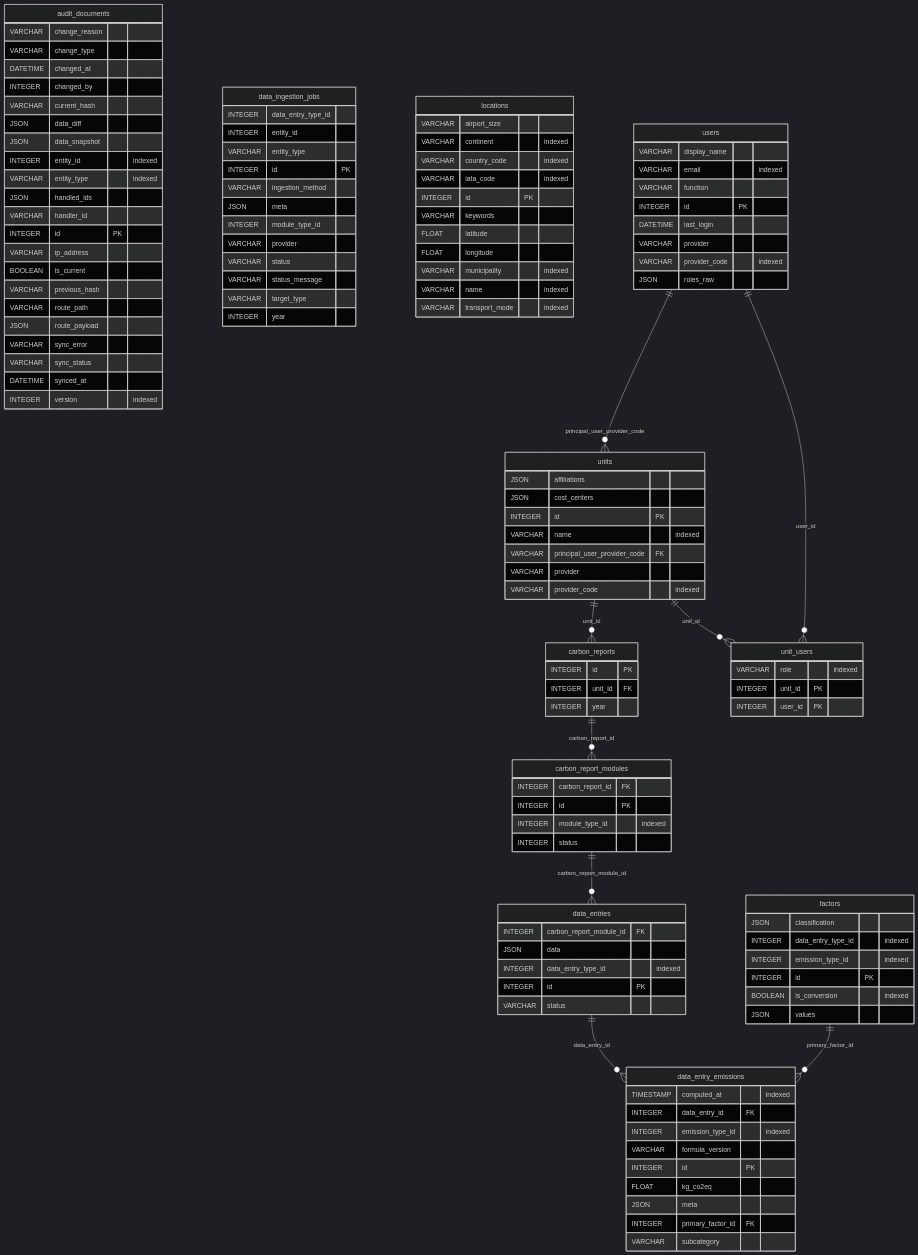
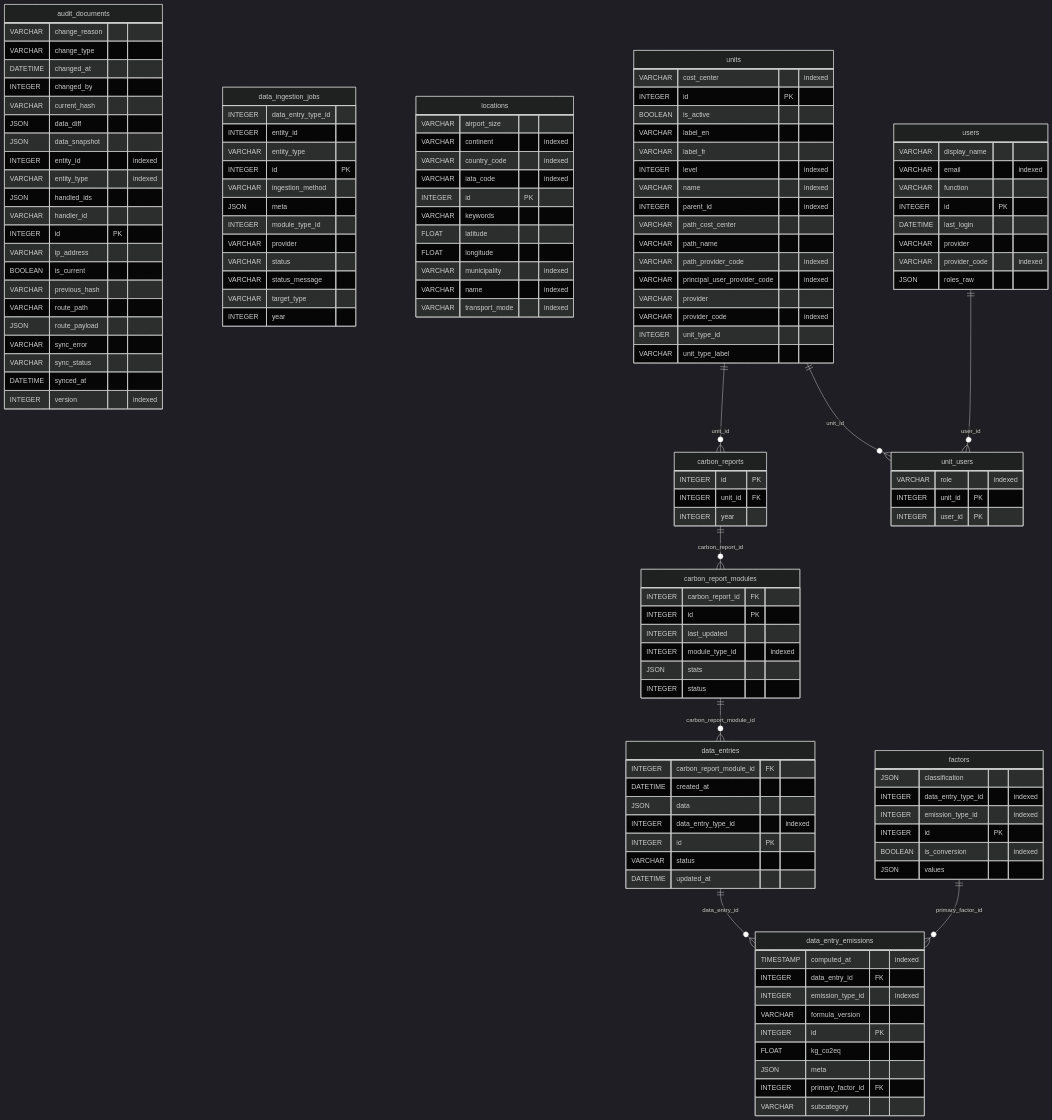
Before and after one commit to EPFL-ENAC/co2-calculator: the diagram in docs/src/database/erd.md, drawn with Mermaid (dark theme). The commit also changed 64 other files, not shown here.

````diff
--- a/docs/src/database/erd.md
+++ b/docs/src/database/erd.md
@@ -28,7 +28,9 @@
   carbon_report_modules {
     INTEGER carbon_report_id FK
     INTEGER id PK
+    INTEGER last_updated
     INTEGER module_type_id "indexed"
+    JSON stats
     INTEGER status
   }
   carbon_reports {
@@ -38,10 +40,12 @@
   }
   data_entries {
     INTEGER carbon_report_module_id FK
+    DATETIME created_at
     JSON data
     INTEGER data_entry_type_id "indexed"
     INTEGER id PK
     VARCHAR status
+    DATETIME updated_at
   }
   data_entry_emissions {
     TIMESTAMP computed_at "indexed"
@@ -95,13 +99,22 @@
     INTEGER user_id PK
   }
   units {
-    JSON affiliations
-    JSON cost_centers
+    VARCHAR cost_center "indexed"
     INTEGER id PK
+    BOOLEAN is_active
+    VARCHAR label_en
+    VARCHAR label_fr
+    INTEGER level "indexed"
     VARCHAR name "indexed"
-    VARCHAR principal_user_provider_code FK
+    INTEGER parent_id "indexed"
+    VARCHAR path_cost_center
+    VARCHAR path_name
+    VARCHAR path_provider_code "indexed"
+    VARCHAR principal_user_provider_code "indexed"
     VARCHAR provider
     VARCHAR provider_code "indexed"
+    INTEGER unit_type_id
+    VARCHAR unit_type_label
   }
   users {
     VARCHAR display_name
@@ -120,5 +133,4 @@
   units ||--}o carbon_reports : "unit_id"
   units ||--}o unit_users : "unit_id"
   users ||--}o unit_users : "user_id"
-  users ||--}o units : "principal_user_provider_code"
 ```
````
